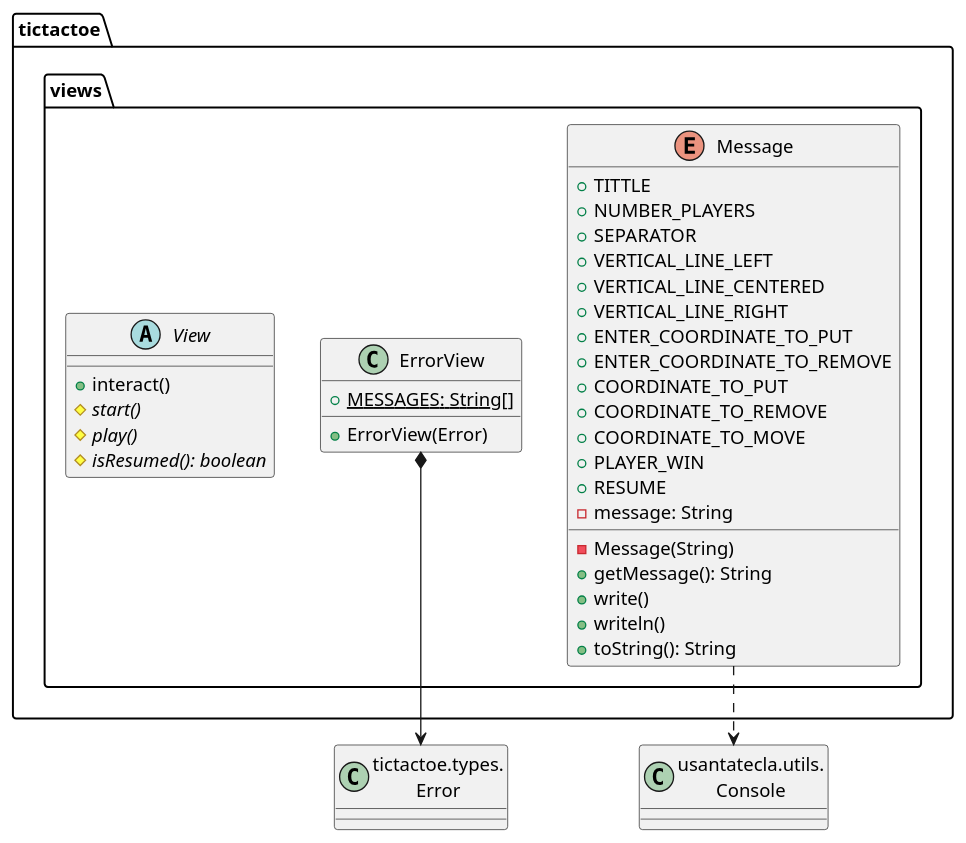
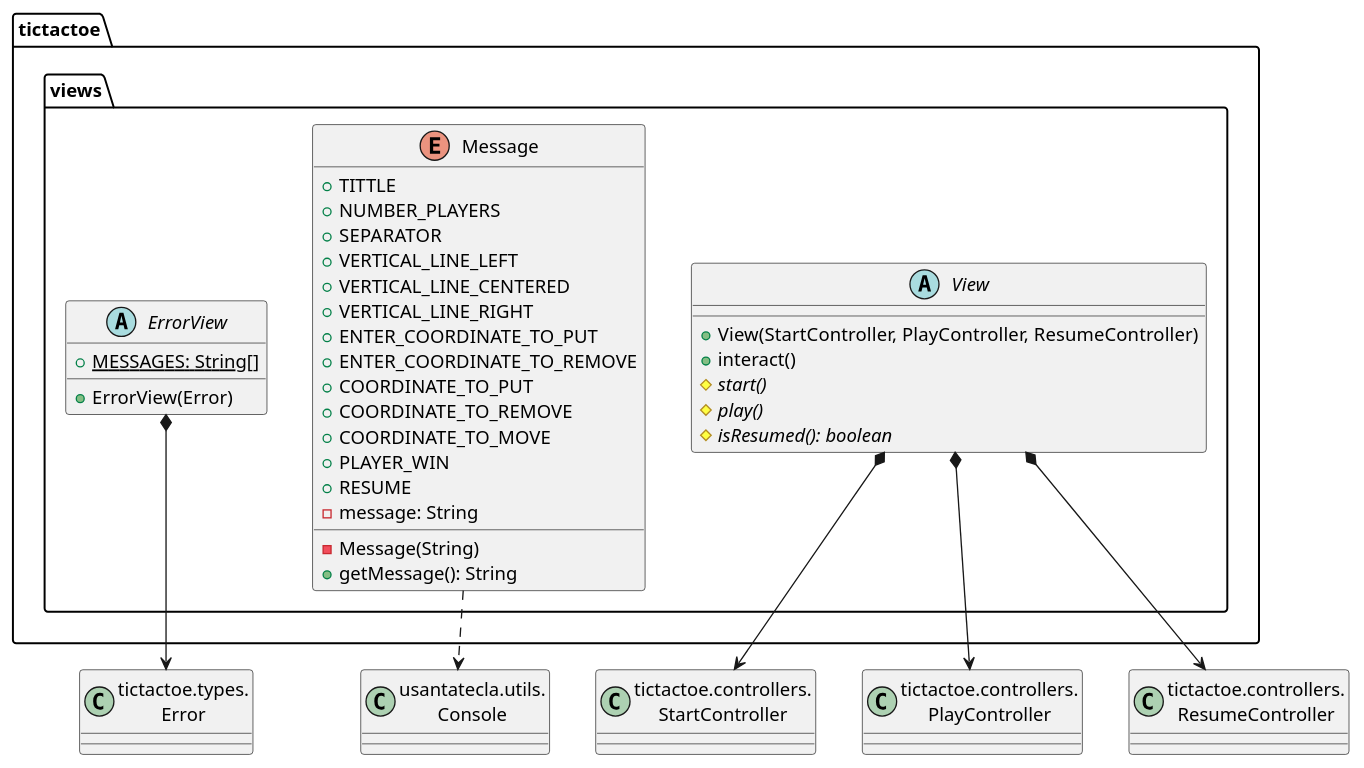
Before and after one commit to Jolucaa/USantaTecla-project-ticTacToe: the second of 8 diagrams in modelViewPresenter/presentationModel/basic/docs/diagrams/src/paquetes.plantuml, drawn with PlantUML. The commit also changed other lines of this file and 16 other files, not shown here.

Commit message:
[mvp.pm.basic] Fixed diagrams and changed some small things in code (refactor)

```diff
--- a/modelViewPresenter/presentationModel/basic/docs/diagrams/src/paquetes.plantuml
+++ b/modelViewPresenter/presentationModel/basic/docs/diagrams/src/paquetes.plantuml
@@ -26,42 +42,46 @@
 @startuml paqueteTicTactoeViews
-class Error as "tictactoe.types.\nError" {}
-class Console as "usantatecla.utils.\nConsole" {}
+class Error as "tictactoe.types.\nError"
+class StartController as "tictactoe.controllers.\nStartController"
+class PlayController as "tictactoe.controllers.\nPlayController"
+class ResumeController as "tictactoe.controllers.\nResumeController"
+class Console as "usantatecla.utils.\nConsole"
 
-class  tictactoe.views.ErrorView{
-+ {static} MESSAGES: String[]
-+ ErrorView(Error)
+abstract class  tictactoe.views.ErrorView{
+  + {static} MESSAGES: String[]
+  + ErrorView(Error)
 }
 tictactoe.views.ErrorView *-down-> Error
 
 enum  tictactoe.views.Message{
-+ TITTLE
-+ NUMBER_PLAYERS
-+ SEPARATOR
-+ VERTICAL_LINE_LEFT
-+ VERTICAL_LINE_CENTERED
-+ VERTICAL_LINE_RIGHT
-+ ENTER_COORDINATE_TO_PUT
-+ ENTER_COORDINATE_TO_REMOVE
-+ COORDINATE_TO_PUT
-+ COORDINATE_TO_REMOVE
-+ COORDINATE_TO_MOVE
-+ PLAYER_WIN
-+ RESUME
-- message: String
-- Message(String)
-+ getMessage(): String
-+ write()
-+ writeln()
-+ toString(): String
+  + TITTLE
+  + NUMBER_PLAYERS
+  + SEPARATOR
+  + VERTICAL_LINE_LEFT
+  + VERTICAL_LINE_CENTERED
+  + VERTICAL_LINE_RIGHT
+  + ENTER_COORDINATE_TO_PUT
+  + ENTER_COORDINATE_TO_REMOVE
+  + COORDINATE_TO_PUT
+  + COORDINATE_TO_REMOVE
+  + COORDINATE_TO_MOVE
+  + PLAYER_WIN
+  + RESUME
+  - message: String
+  - Message(String)
+  + getMessage(): String
 }
 
 tictactoe.views.Message .down.> Console
 
 abstract class tictactoe.views.View {
-+ interact()
-# {abstract} start()
-# {abstract} play()
-# {abstract} isResumed(): boolean
+  + View(StartController, PlayController, ResumeController)
+  + interact()
+  # {abstract} start()
+  # {abstract} play()
+  # {abstract} isResumed(): boolean
 }
+tictactoe.views.View *-down-> StartController
+tictactoe.views.View *-down-> PlayController
+tictactoe.views.View *-down-> ResumeController
 
 @enduml
```
